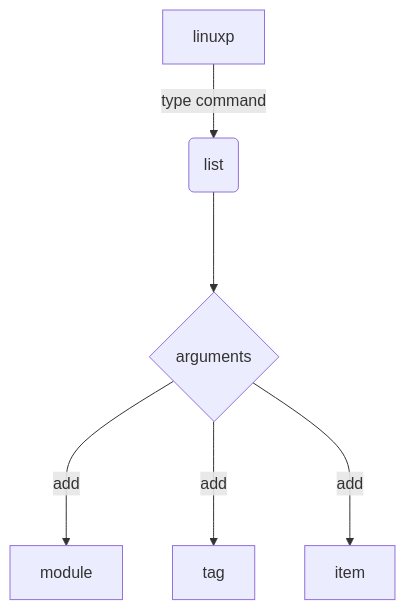
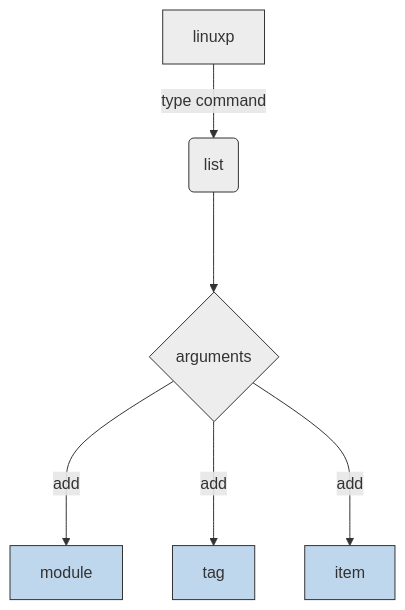
The diagram in docs/nav/commands/list/index.md (linux-profile/linux-profile), drawn with Mermaid before and after one commit. The commit also changed 6 other files, not shown here.

````diff
--- a/docs/nav/commands/list/index.md
+++ b/docs/nav/commands/list/index.md
@@ -30,8 +30,16 @@
 ``` mermaid
 graph TD
     L[linuxp] -->|type command| l(list)
     l ---> option_l{arguments}
     option_l --->|add| arg_l_module[module]
     option_l --->|add| arg_l_tag[tag]
     option_l --->|add| arg_l_item[item]
+
+    style arg_l_module fill:#BFD7ED,stroke:#333
+    style arg_l_tag fill:#BFD7ED,stroke:#333
+    style arg_l_item fill:#BFD7ED,stroke:#333
+
+    style L fill:#ededed,stroke:#333
+    style l fill:#ededed,stroke:#333
+    style option_l fill:#ededed,stroke:#333
 ```
````
